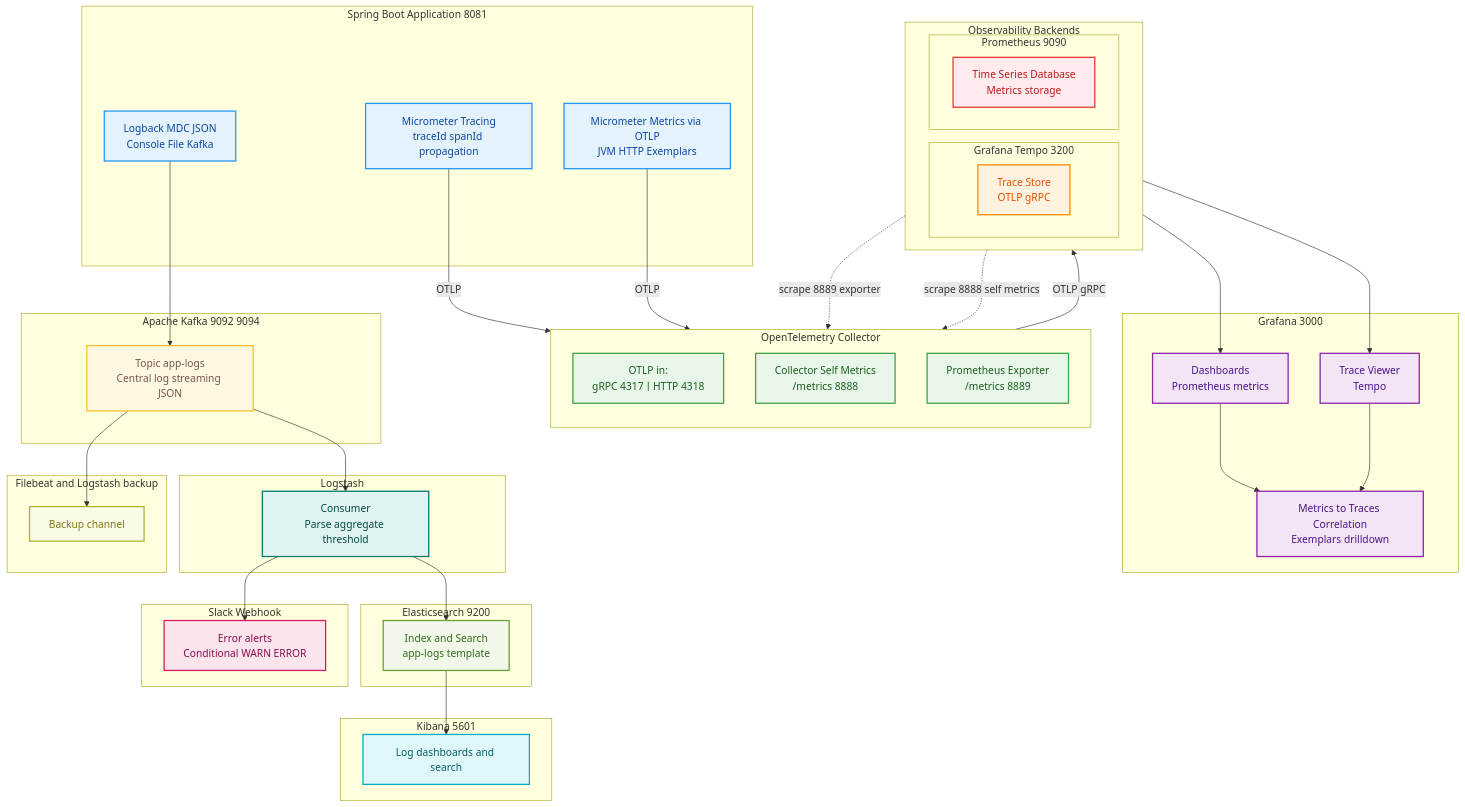
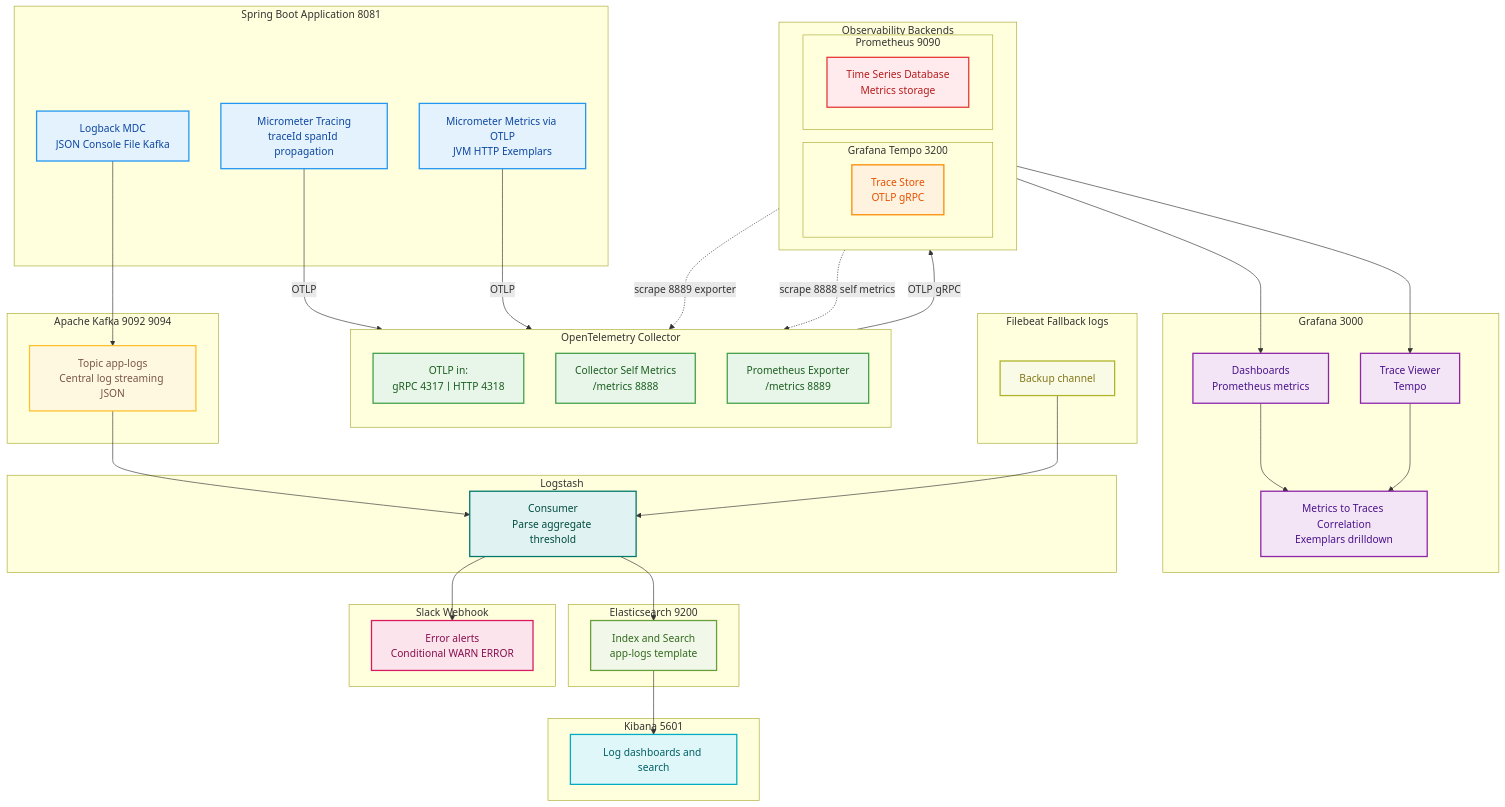
The diagram in README.md (sksmsdlskgus/LogSentry), drawn with Mermaid before and after one commit.

Commit message:
📄 docs(readme): 시스템 아키텍처 다이어그램 수정
📄 docs(readme): 시스템 아키텍처 다이어그램 수정

````diff
--- a/README.md
+++ b/README.md
@@ -212,7 +212,7 @@
   subgraph App[Spring Boot Application 8081]
     A1[Micrometer Tracing<br>traceId spanId propagation]
     A2[Micrometer Metrics via OTLP<br>JVM HTTP Exemplars]
-    A3[Logback MDC JSON<br>Console File Kafka]
+    A3[Logback MDC <br> JSON Console File Kafka]
   end
   class A1,A2,A3 app
 
@@ -273,7 +273,7 @@
   end
   class S1 slack
 
-  subgraph Filebeat[Filebeat and Logstash backup]
+  subgraph Filebeat[Filebeat Fallback logs]
     F1[Backup channel]
   end
   class F1 filebeat
@@ -300,7 +300,9 @@
   L1 --> E1
   E1 --> Kb1
   L1 --> S1
-  K1 --> F1
+
+  %% Backup channel 수정
+  F1 --> L1
 
 
 ```
````
